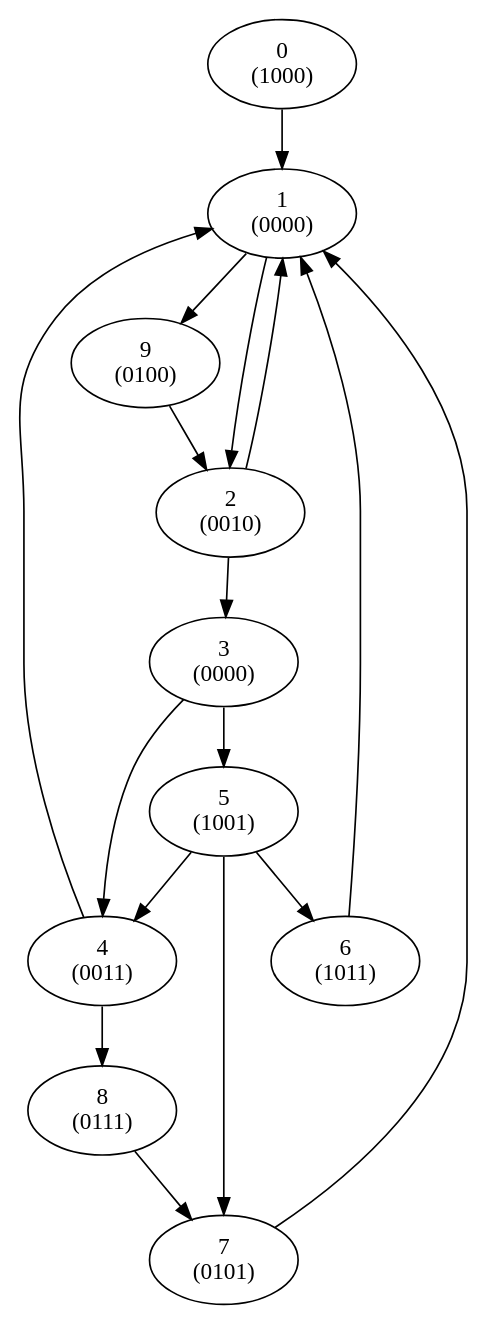
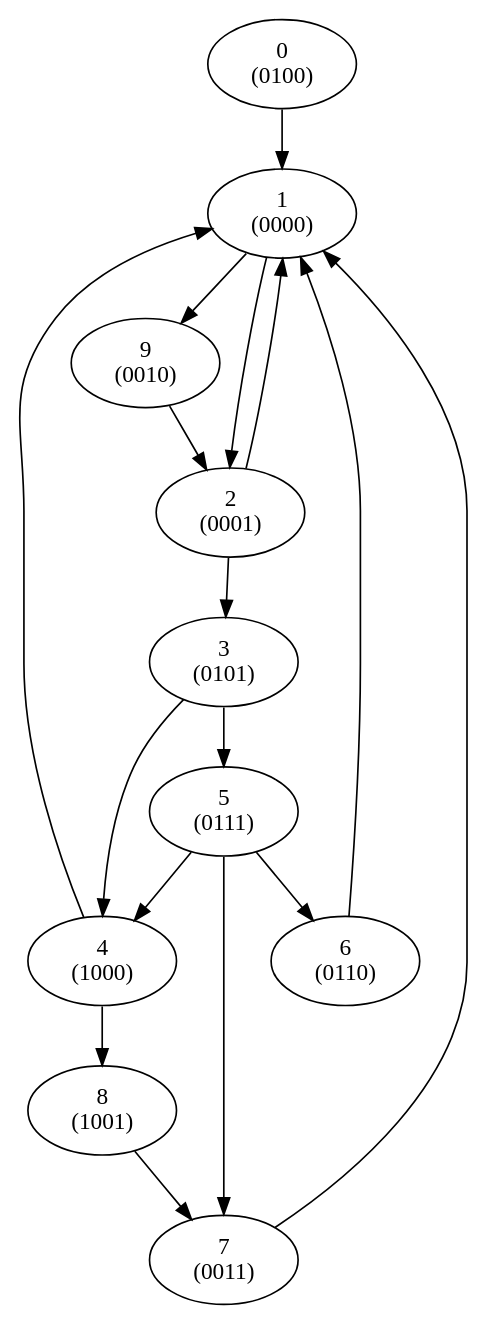
Before and after one commit to abemac/verilog-to-fsm: the diagram in state_encoding/yuan_alg/run/BFS.dot, drawn with Graphviz. The commit also changed 4 other files, not shown here.

```diff
--- a/state_encoding/yuan_alg/run/BFS.dot
+++ b/state_encoding/yuan_alg/run/BFS.dot
@@ -1,18 +1,18 @@
 digraph fsm {
-"0\n(1000)" -> "1\n(0000)";
-"1\n(0000)" -> "2\n(0010)";
-"1\n(0000)" -> "9\n(0100)";
-"2\n(0010)" -> "1\n(0000)";
-"2\n(0010)" -> "3\n(0000)";
-"3\n(0000)" -> "5\n(1001)";
-"3\n(0000)" -> "4\n(0011)";
-"4\n(0011)" -> "1\n(0000)";
-"4\n(0011)" -> "8\n(0111)";
-"5\n(1001)" -> "4\n(0011)";
-"5\n(1001)" -> "7\n(0101)";
-"5\n(1001)" -> "6\n(1011)";
-"6\n(1011)" -> "1\n(0000)";
-"7\n(0101)" -> "1\n(0000)";
-"8\n(0111)" -> "7\n(0101)";
-"9\n(0100)" -> "2\n(0010)";
+"0\n(0100)" -> "1\n(0000)";
+"1\n(0000)" -> "2\n(0001)";
+"1\n(0000)" -> "9\n(0010)";
+"2\n(0001)" -> "1\n(0000)";
+"2\n(0001)" -> "3\n(0101)";
+"3\n(0101)" -> "5\n(0111)";
+"3\n(0101)" -> "4\n(1000)";
+"4\n(1000)" -> "1\n(0000)";
+"4\n(1000)" -> "8\n(1001)";
+"5\n(0111)" -> "4\n(1000)";
+"5\n(0111)" -> "7\n(0011)";
+"5\n(0111)" -> "6\n(0110)";
+"6\n(0110)" -> "1\n(0000)";
+"7\n(0011)" -> "1\n(0000)";
+"8\n(1001)" -> "7\n(0011)";
+"9\n(0010)" -> "2\n(0001)";
 }
```
